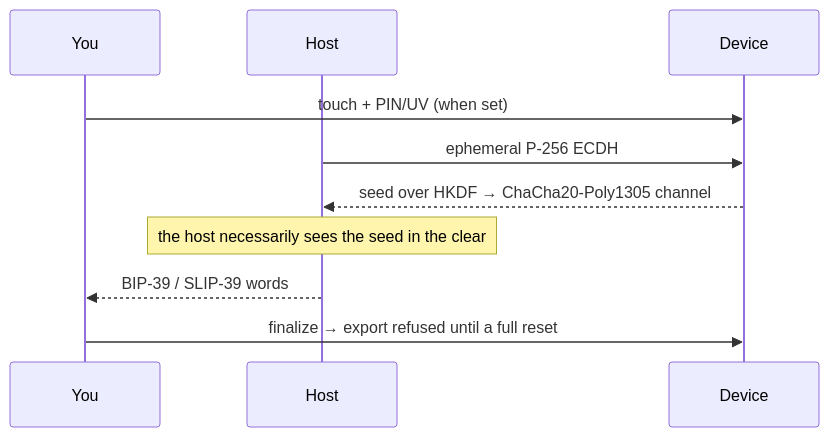
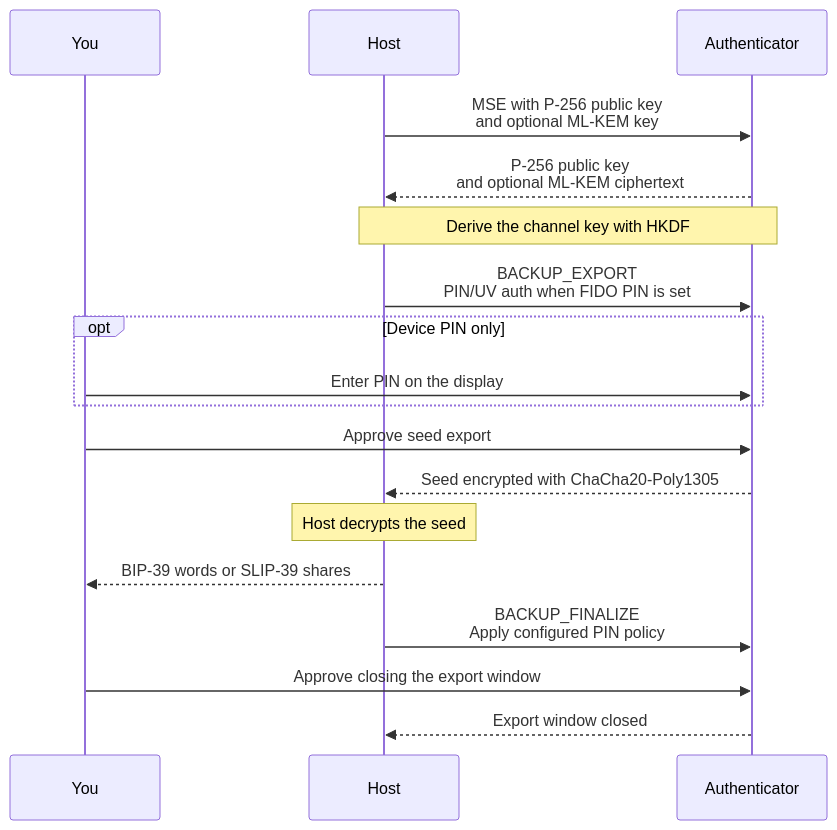
The diagram in docs/threat-model.md (TheMaxMur/RS-Key), drawn with Mermaid before and after one commit. The commit also changed other lines of this file and 37 other files, not shown here.

````diff
--- a/docs/threat-model.md
+++ b/docs/threat-model.md
@@ -561,12 +551,20 @@
 ```mermaid
 sequenceDiagram
     participant U as You
     participant H as Host
-    participant D as Device
-    U->>D: touch + PIN/UV (when set)
-    H->>D: ephemeral P-256 ECDH
-    D-->>H: seed over HKDF → ChaCha20-Poly1305 channel
-    Note over H: the host necessarily sees the seed in the clear
-    H-->>U: BIP-39 / SLIP-39 words
-    U->>D: finalize → export refused until a full reset
+    participant D as Authenticator
+    H->>D: MSE with P-256 public key<br/>and optional ML-KEM key
+    D-->>H: P-256 public key<br/>and optional ML-KEM ciphertext
+    Note over H,D: Derive the channel key with HKDF
+    H->>D: BACKUP_EXPORT<br/>PIN/UV auth when FIDO PIN is set
+    opt Device PIN only
+        U->>D: Enter PIN on the display
+    end
+    U->>D: Approve seed export
+    D-->>H: Seed encrypted with ChaCha20-Poly1305
+    Note over H: Host decrypts the seed
+    H-->>U: BIP-39 words or SLIP-39 shares
+    H->>D: BACKUP_FINALIZE<br/>Apply configured PIN policy
+    U->>D: Approve closing the export window
+    D-->>H: Export window closed
 ```
````
